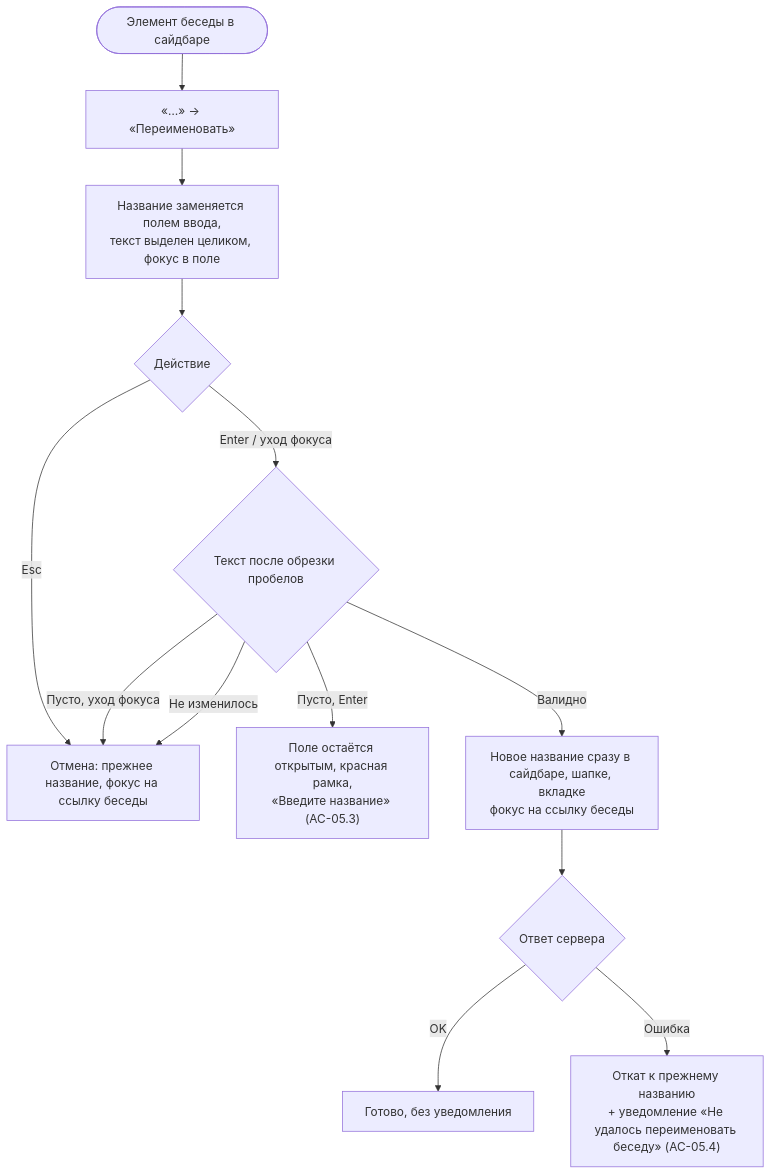
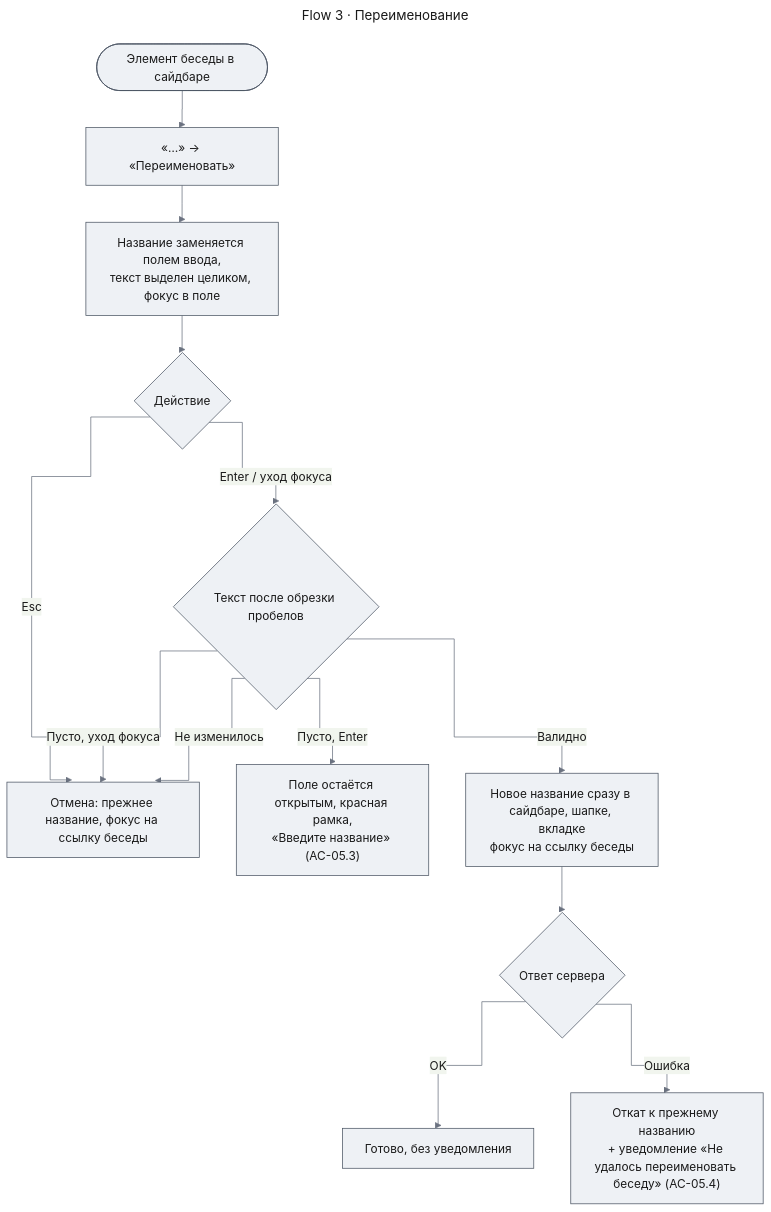
The eighth of 14 diagrams in docs/features/chat-shell/uxrd.md (tundraray/agent-os), drawn with Mermaid before and after one commit. The commit also changed other lines of this file and 10 other files, not shown here.

````diff
--- a/docs/features/chat-shell/uxrd.md
+++ b/docs/features/chat-shell/uxrd.md
@@ -220,15 +672,28 @@
 ```mermaid
+---
+title: "Flow 3 · Переименование"
+config:
+  theme: base
+  look: classic
+  themeVariables:
+    primaryColor: "#eef1f5"
+    primaryBorderColor: "#4b5563"
+    primaryTextColor: "#1a1a1a"
+    lineColor: "#6b7280"
+  flowchart:
+    curve: step
+---
 flowchart TD
     A([Элемент беседы в сайдбаре]) --> B["«…» → «Переименовать»"]
     B --> C["Название заменяется полем ввода,<br/>текст выделен целиком, фокус в поле"]
     C --> D{Действие}
     D -->|Esc| E[Отмена: прежнее название, фокус на ссылку беседы]
     D -->|Enter / уход фокуса| F{Текст после обрезки пробелов}
     F -->|Пусто, Enter| G["Поле остаётся открытым, красная рамка,<br/>«Введите название» (AC-05.3)"]
     F -->|Пусто, уход фокуса| E
     F -->|Не изменилось| E
     F -->|Валидно| H["Новое название сразу в сайдбаре, шапке, вкладке<br/>фокус на ссылку беседы"]
     H --> I{Ответ сервера}
     I -->|OK| J[Готово, без уведомления]
     I -->|Ошибка| K["Откат к прежнему названию<br/>+ уведомление «Не удалось переименовать беседу» (AC-05.4)"]
 ```
````
